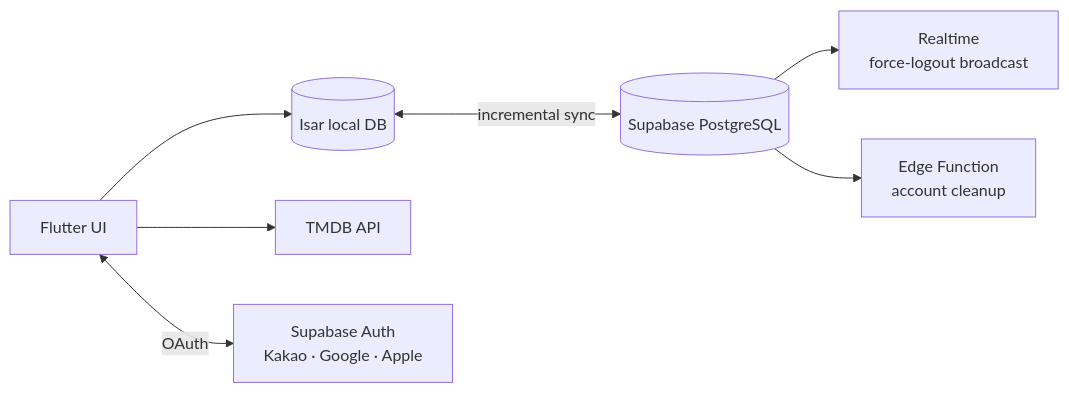
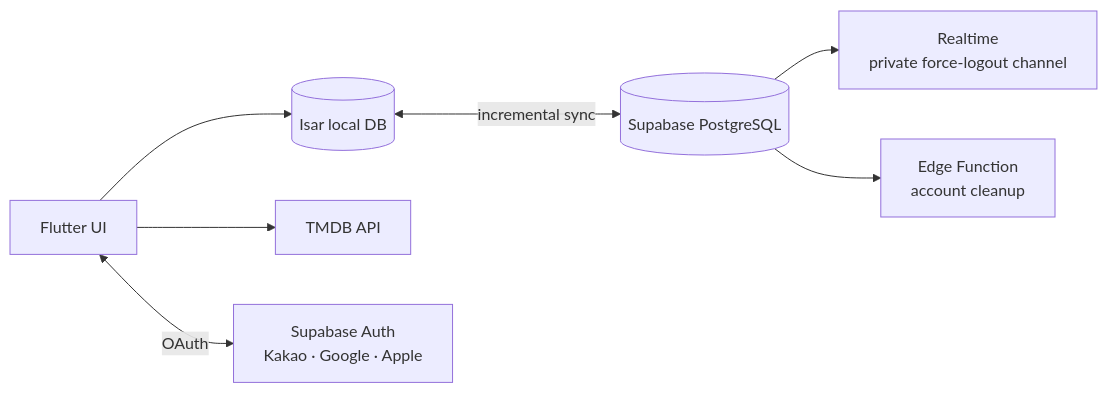
The diagram in README.md (younghee-park-dev/movietier), drawn with Mermaid before and after one commit. The commit also changed other lines of this file and 1 other file, not shown here.

First line of the commit message:
Update README with RLS and private channels

````diff
--- a/README.md
+++ b/README.md
@@ -62,9 +62,9 @@
 ```mermaid
 flowchart LR
     UI[Flutter UI] --> Local[(Isar local DB)]
     UI --> TMDB[TMDB API]
     Local <-->|incremental sync| Supabase[(Supabase PostgreSQL)]
     UI <-->|OAuth| Auth[Supabase Auth<br/>Kakao · Google · Apple]
-    Supabase --> Realtime[Realtime<br/>force-logout broadcast]
+    Supabase --> Realtime[Realtime<br/>private force-logout channel]
     Supabase --> Edge[Edge Function<br/>account cleanup]
 ```
````
